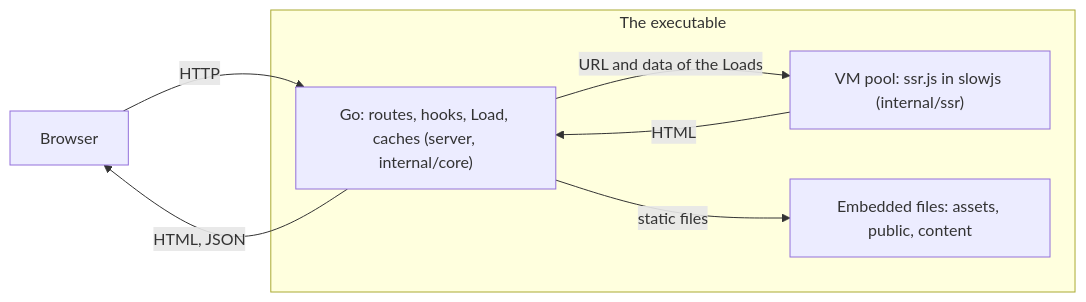
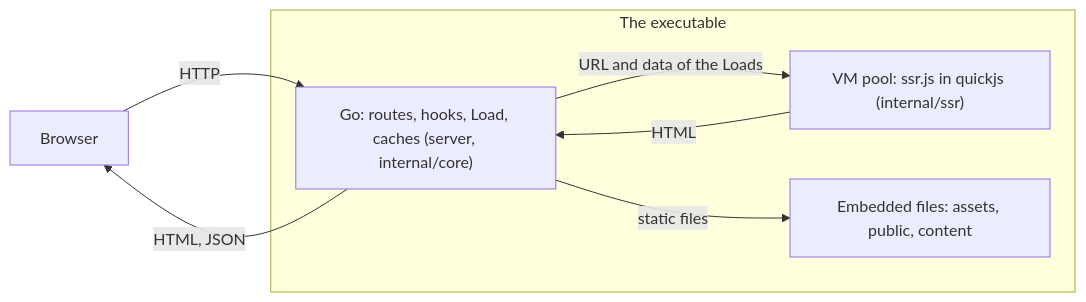
One commit to liustack/tifa changed the first of 8 diagrams in docs/architecture.md. Above: the diagram before and after it, drawn with Mermaid. The commit also changed 83 other files, not shown here.

````diff
--- a/docs/architecture.md
+++ b/docs/architecture.md
@@ -21,14 +21,14 @@
 ```mermaid
 flowchart LR
   B["Browser"]
   subgraph P["The executable"]
     G["Go: routes, hooks, Load, caches (server, internal/core)"]
-    V["VM pool: ssr.js in slowjs (internal/ssr)"]
+    V["VM pool: ssr.js in quickjs (internal/ssr)"]
     S["Embedded files: assets, public, content"]
   end
   B -- "HTTP" --> G
   G -- "URL and data of the Loads" --> V
   V -- "HTML" --> G
   G -- "static files" --> S
   G -- "HTML, JSON" --> B
 ```
````
